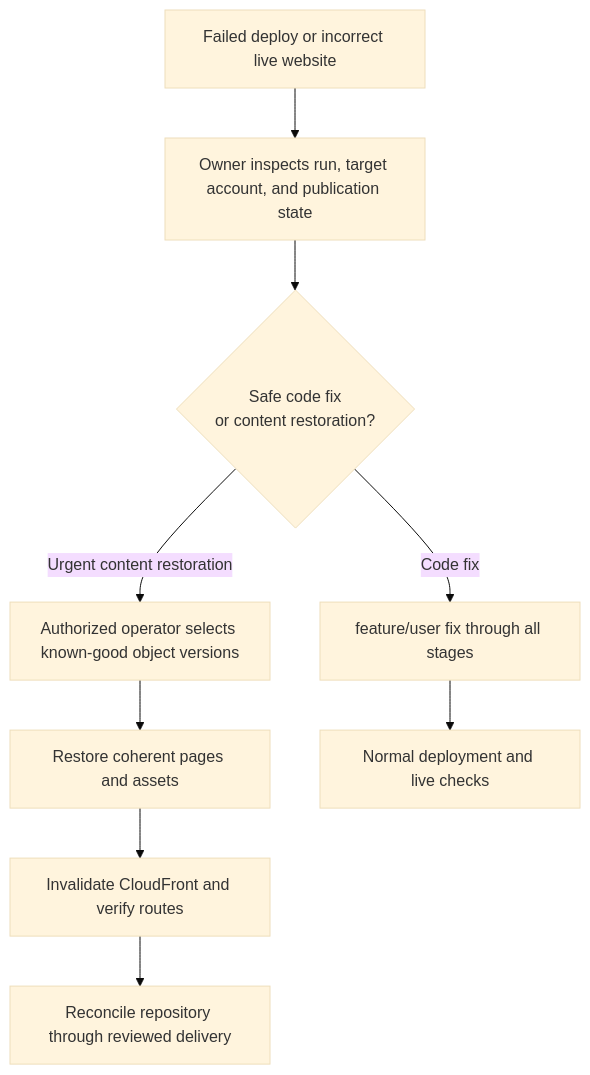
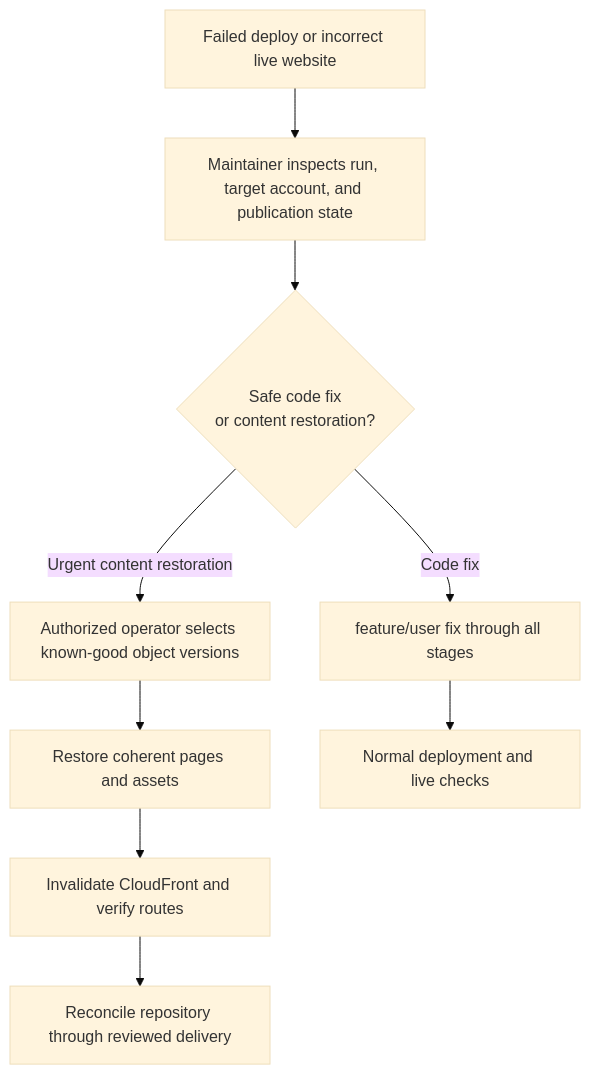
One commit to Yale-Undergraduate-Consulting-Group/club-res-website changed diagram 15 of 16 in docs/CI_CD.md. Above: the diagram before and after it, drawn with Mermaid (base theme). The commit also changed other lines of this file and 12 other files, not shown here.

Commit message:
Use maintainer role instead of a named owner for review

````diff
--- a/docs/CI_CD.md
+++ b/docs/CI_CD.md
@@ -460,11 +465,11 @@
 ```mermaid
 flowchart TD
-  F["Failed deploy or incorrect live website"] --> S["Owner inspects run, target account, and publication state"]
+  F["Failed deploy or incorrect live website"] --> S["Maintainer inspects run, target account, and publication state"]
   S --> R{"Safe code fix<br/>or content restoration?"}
   R -->|Code fix| C["feature/user fix through all stages"]
   R -->|Urgent content restoration| O["Authorized operator selects known-good object versions"]
   O --> RESTORE["Restore coherent pages and assets"]
   RESTORE --> INV["Invalidate CloudFront and verify routes"]
   INV --> RECON["Reconcile repository through reviewed delivery"]
   C --> NORMAL["Normal deployment and live checks"]
 ```
````
